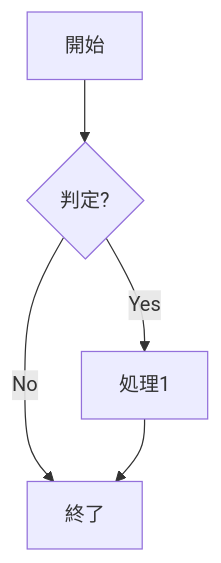
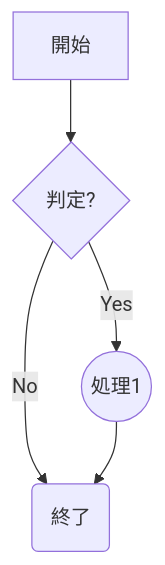
Before and after one commit to root-stone/safety-text-memo: the second of 4 diagrams in Want-to-do-list.md, drawn with Mermaid. The commit also changed other lines of this file, not shown here.

````diff
--- a/Want-to-do-list.md
+++ b/Want-to-do-list.md
@@ -23,7 +23,7 @@
 ```mermaid
 flowchart TD
     A[開始] --> B{判定?}
-    B -->|Yes| C[処理1]
-    B -->|No| D[終了]
+    B -->|Yes| C((処理1))
+    B -->|No| D(終了)
     C --> D
 ```
````
